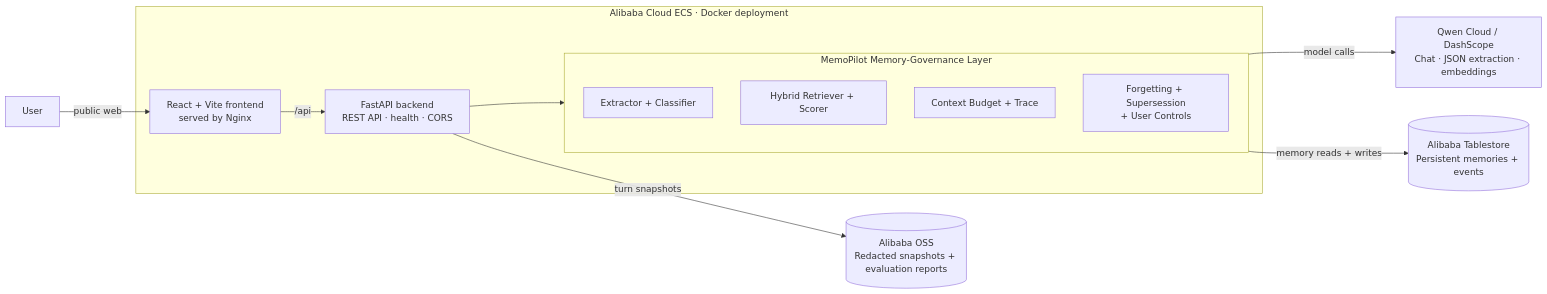
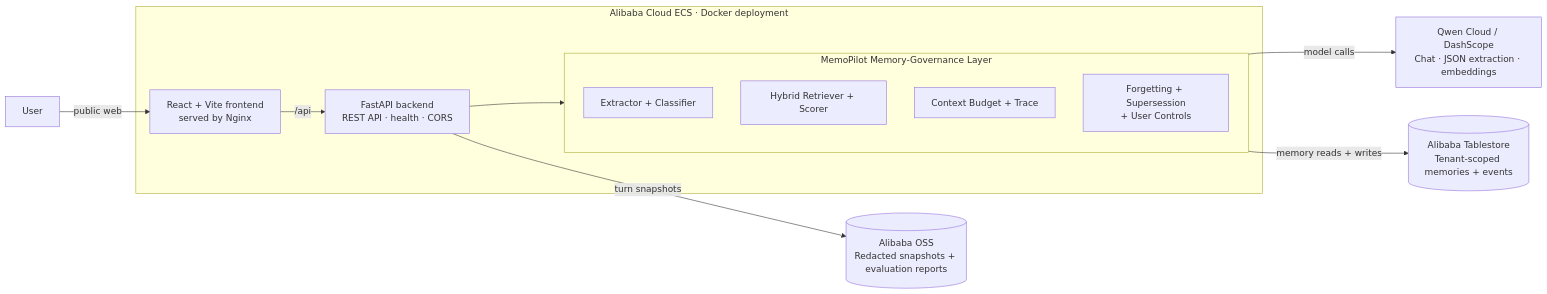
Before and after one commit to MaharMuavia/memopilot-iq: the diagram in docs/architecture.md, drawn with Mermaid. The commit also changed other lines of this file and 45 other files, not shown here.

````diff
--- a/docs/architecture.md
+++ b/docs/architecture.md
@@ -10,28 +10,28 @@
 ```mermaid
 flowchart LR
     U[User]
 
     subgraph ECS[Alibaba Cloud ECS · Docker deployment]
         FE[React + Vite frontend<br/>served by Nginx]
         BE[FastAPI backend<br/>REST API · health · CORS]
 
         subgraph MG[MemoPilot Memory-Governance Layer]
             EX[Extractor + Classifier]
             RT[Hybrid Retriever + Scorer]
             CB[Context Budget + Trace]
             LF[Forgetting + Supersession<br/>+ User Controls]
         end
 
         FE -->|/api| BE
         BE --> MG
     end
 
     QC[Qwen Cloud / DashScope<br/>Chat · JSON extraction · embeddings]
-    TS[(Alibaba Tablestore<br/>Persistent memories + events)]
+    TS[(Alibaba Tablestore<br/>Tenant-scoped memories + events)]
     OSS[(Alibaba OSS<br/>Redacted snapshots + evaluation reports)]
 
     U -->|public web| FE
     MG -->|model calls| QC
     MG -->|memory reads + writes| TS
     BE -->|turn snapshots| OSS
 ```
````
